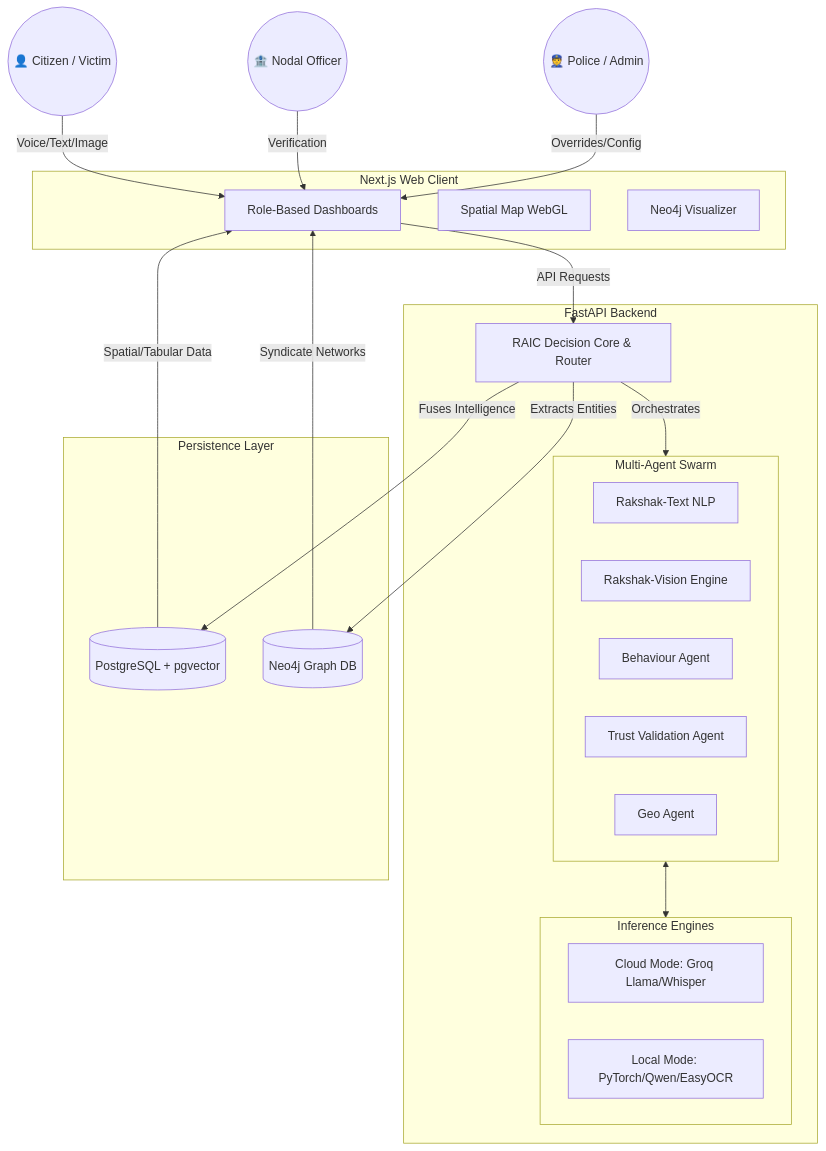
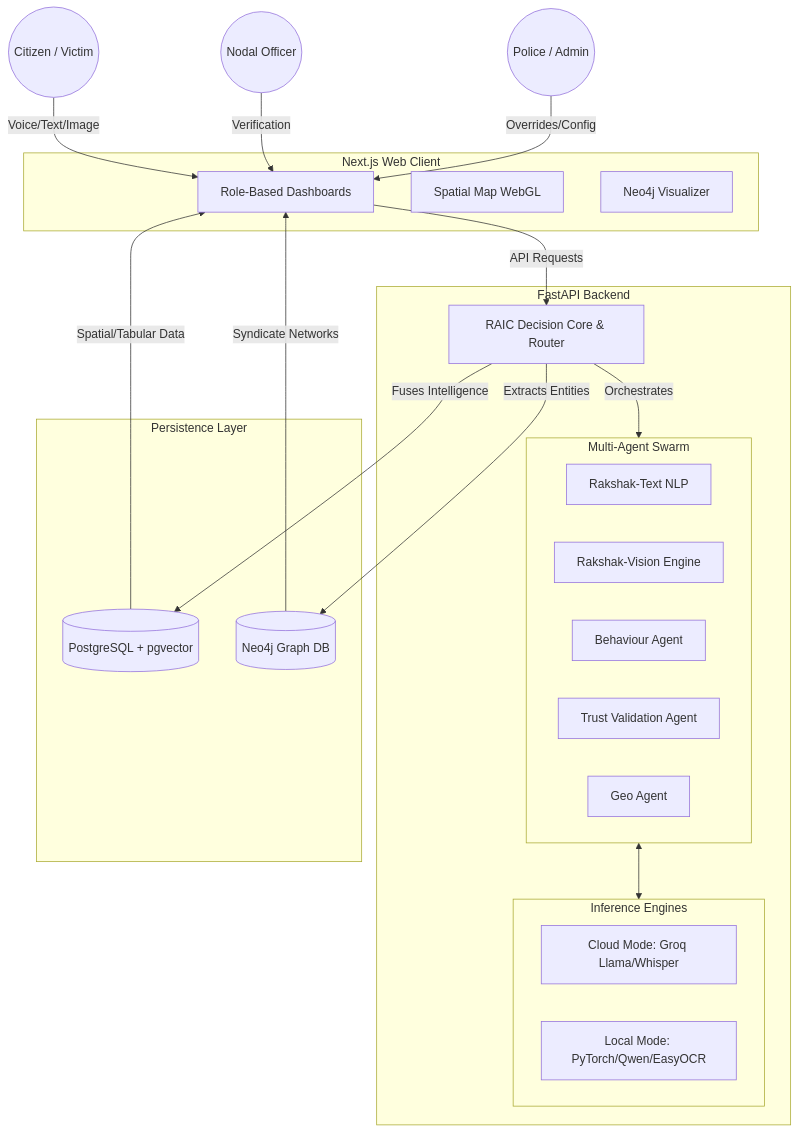
The diagram in README.md (beastspirit2005/Digital-Rakshak), drawn with Mermaid before and after one commit. The commit also changed other lines of this file, not shown here.

````diff
--- a/README.md
+++ b/README.md
@@ -43,54 +43,54 @@
 ```mermaid
 graph TD
     %% Users
-    Citizen((👤 Citizen / Victim))
-    Banker((🏦 Nodal Officer))
-    Admin((👮 Police / Admin))
+    Citizen((Citizen / Victim))
+    Banker((Nodal Officer))
+    Admin((Police / Admin))
 
     %% Frontend UI
     subgraph Frontend [Next.js Web Client]
         UI[Role-Based Dashboards]
         Map[Spatial Map WebGL]
         Graph[Neo4j Visualizer]
     end
 
     %% API Gateway
     subgraph Backend [FastAPI Backend]
         Router[RAIC Decision Core & Router]
         
         %% Agents
         subgraph MAIF [Multi-Agent Swarm]
             TextA[Rakshak-Text NLP]
             VisA[Rakshak-Vision Engine]
             BehA[Behaviour Agent]
             TrustA[Trust Validation Agent]
             GeoA[Geo Agent]
         end
         
         %% External / Internal Models
         subgraph DualMode [Inference Engines]
             Cloud[Cloud Mode: Groq Llama/Whisper]
             Local[Local Mode: PyTorch/Qwen/EasyOCR]
         end
     end
 
     %% Persistence
     subgraph Databases [Persistence Layer]
         PG[(PostgreSQL + pgvector)]
         Neo[(Neo4j Graph DB)]
     end
 
     %% Flow
     Citizen -->|Voice/Text/Image| UI
     Banker -->|Verification| UI
     Admin -->|Overrides/Config| UI
     
     UI -->|API Requests| Router
     Router -->|Orchestrates| MAIF
     MAIF <--> DualMode
     Router -->|Fuses Intelligence| PG
     Router -->|Extracts Entities| Neo
     
     PG -->|Spatial/Tabular Data| UI
     Neo -->|Syndicate Networks| UI
 ```
````
